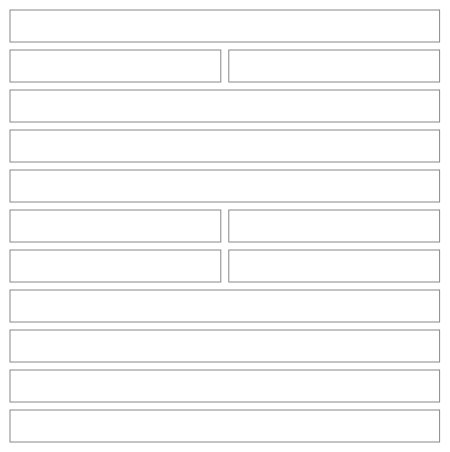
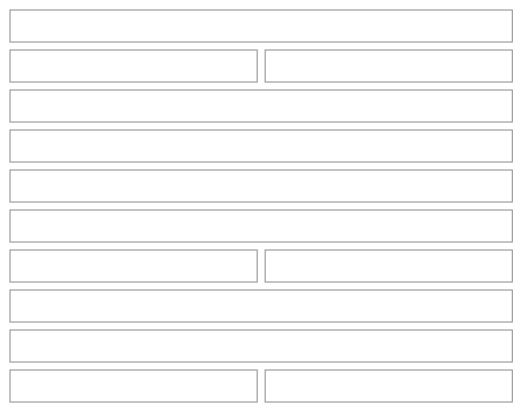
Diagram 12 of 27 in src/apps/pinch/UX.md (NovaMoonX/moondreams-dev-apps), drawn with Mermaid before and after one commit. The commit also changed other lines of this file and 56 other files, not shown here.

````diff
--- a/src/apps/pinch/UX.md
+++ b/src/apps/pinch/UX.md
@@ -381,33 +403,31 @@
 ```mermaid
 %%{init: {'theme': 'base', 'themeVariables': {'primaryColor': 'transparent', 'primaryBorderColor': '#888888', 'primaryTextColor': '#333333', 'lineColor': '#888888'}}}%%
 block-beta
   columns 2
-  T1["🖼️ Adobo chicken"]:2
-  T2["4 servings · 45 min"]:1
-  T3["$12.80 total · $3.20 / serving"]:1
-  T4["2 ingredients need a price · Add prices   ✕"]:2
-  T5["Nutrition per serving (when on): 520 cal · 42 g protein"]:2
-  T6["Ingredients"]:2
-  T7["Chicken thighs"]:1
-  T8["2 lb"]:1
-  T9["Soy sauce"]:1
-  T10["¼ cup"]:1
-  T11["Steps"]:2
-  T12["1. Marinate the chicken…"]:2
-  T13["🗓️ Add to calendar"]:2
-  T14["✏️ Modify · 📋 Copy · Delete"]:2
+  T1["Adobo chicken"]:2
+  T2["🍽️ 4 servings"]:1
+  T3["🔪 Prep 10 min · ⏲️ Cook 35 min"]:1
+  T4["Cost $12.80 ⚠ · $3.20 per serving"]:2
+  T5["🔥 495 · 💪 61g · 🌾 3g · 🥑 25g (when on)"]:2
+  T6["2 ingredients need a price · Add prices   ✕"]:2
+  T7["INGREDIENTS 6"]:2
+  T8["Chicken thighs"]:1
+  T9["2 lb"]:1
+  T10["STEPS"]:2
+  T11["1. Marinate the chicken…"]:2
+  T12["Modify"]:1
+  T13["Add to calendar"]:1
   style T1 fill:transparent,stroke:#888888,stroke-width:1px;
   style T2 fill:transparent,stroke:#888888,stroke-width:1px;
   style T3 fill:transparent,stroke:#888888,stroke-width:1px;
   style T4 fill:transparent,stroke:#888888,stroke-width:1px;
   style T5 fill:transparent,stroke:#888888,stroke-width:1px;
   style T6 fill:transparent,stroke:#888888,stroke-width:1px;
   style T7 fill:transparent,stroke:#888888,stroke-width:1px;
   style T8 fill:transparent,stroke:#888888,stroke-width:1px;
   style T9 fill:transparent,stroke:#888888,stroke-width:1px;
   style T10 fill:transparent,stroke:#888888,stroke-width:1px;
   style T11 fill:transparent,stroke:#888888,stroke-width:1px;
   style T12 fill:transparent,stroke:#888888,stroke-width:1px;
   style T13 fill:transparent,stroke:#888888,stroke-width:1px;
-  style T14 fill:transparent,stroke:#888888,stroke-width:1px;
 ```
````
